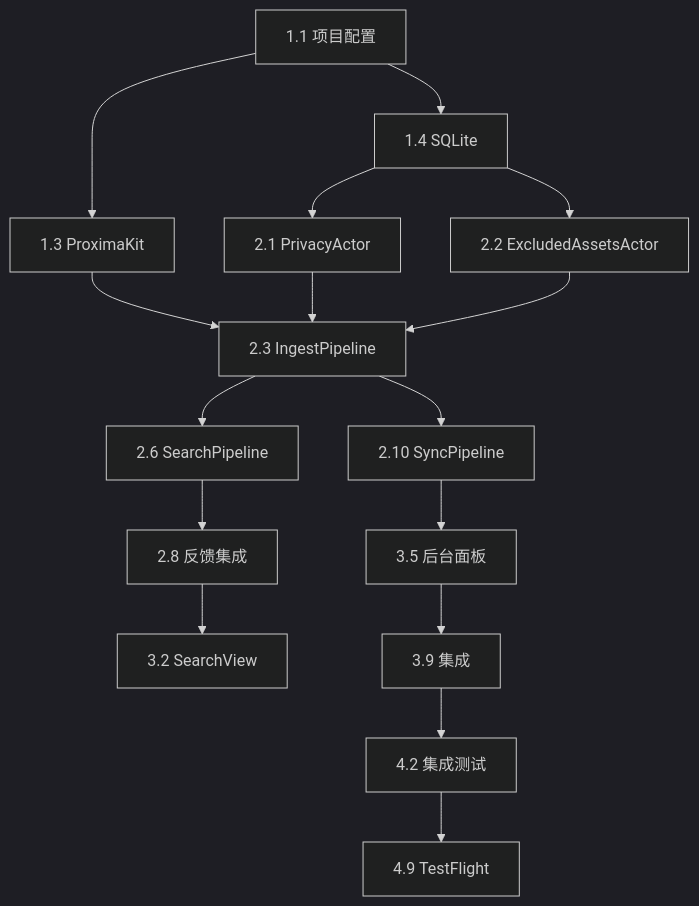
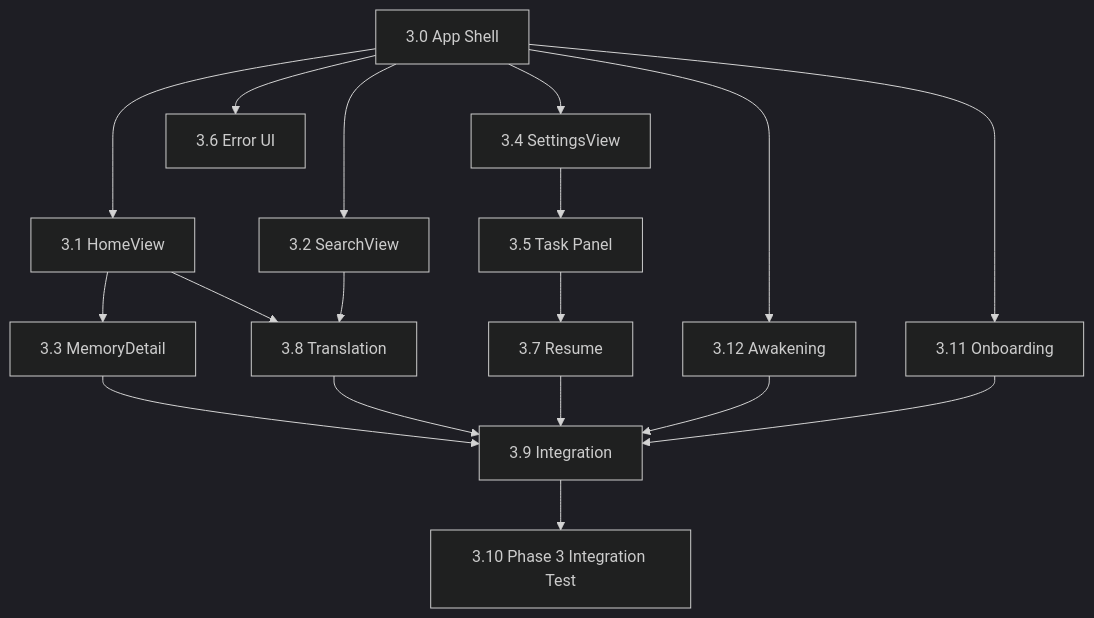
The third of 3 diagrams in docs/05-planning/开发计划安排文档.md (logan-suu/Echo), drawn with Mermaid (dark theme) before and after one commit. The commit also changed other lines of this file, not shown here.

First line of the commit message:
docs: sync development plan with task-status.json (Phase 3 restructure)

````diff
--- a/docs/05-planning/开发计划安排文档.md
+++ b/docs/05-planning/开发计划安排文档.md
@@ -280,18 +290,20 @@
 ```mermaid
 graph TD
-    A[1.1 项目配置] --> B[1.3 ProximaKit]
-    A --> C[1.4 SQLite]
-    B --> D[2.3 IngestPipeline]
-    C --> E[2.1 PrivacyActor]
-    C --> F[2.2 ExcludedAssetsActor]
-    D --> G[2.6 SearchPipeline]
-    E --> D
-    F --> D
-    G --> H[2.8 反馈集成]
-    H --> I[3.2 SearchView]
-    D --> J[2.10 SyncPipeline]
-    J --> K[3.5 后台面板]
-    K --> L[3.9 集成]
-    L --> M[4.2 集成测试]
-    M --> N[4.9 TestFlight]
+    A[3.0 App Shell] --> B[3.11 Onboarding]
+    A --> C[3.1 HomeView]
+    A --> D[3.2 SearchView]
+    A --> E[3.4 SettingsView]
+    A --> F[3.6 Error UI]
+    A --> G[3.12 Awakening]
+    C --> H[3.3 MemoryDetail]
+    E --> I[3.5 Task Panel]
+    I --> J[3.7 Resume]
+    C --> K[3.8 Translation]
+    D --> K
+    H --> L[3.9 Integration]
+    K --> L
+    J --> L
+    G --> L
+    B --> L
+    L --> M[3.10 Phase 3 Integration Test]
 ```
````
